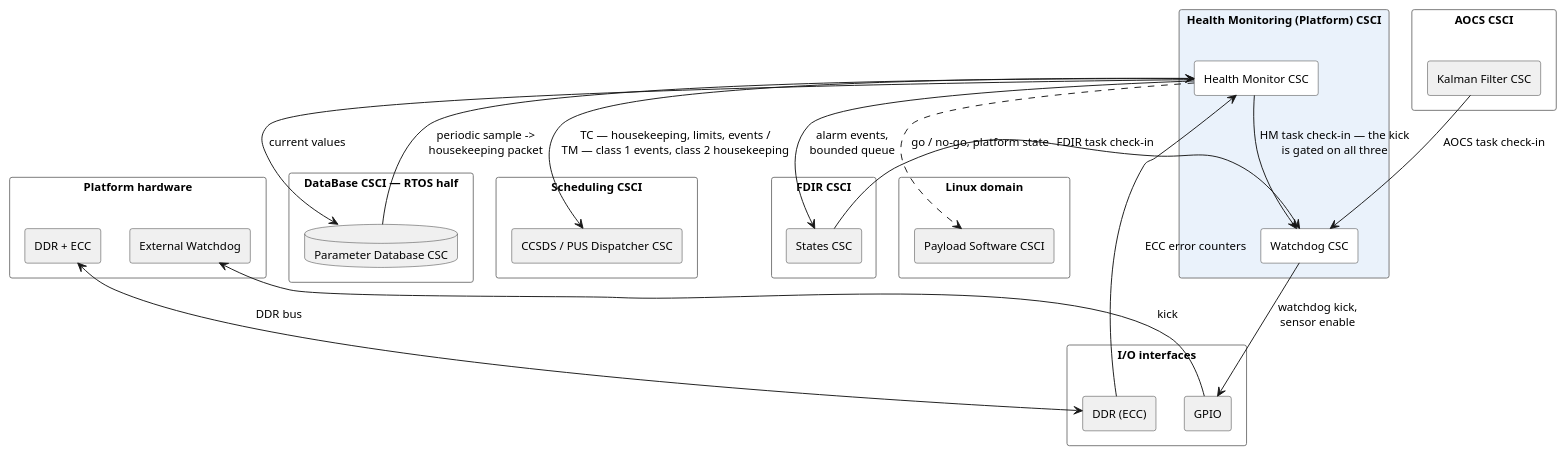
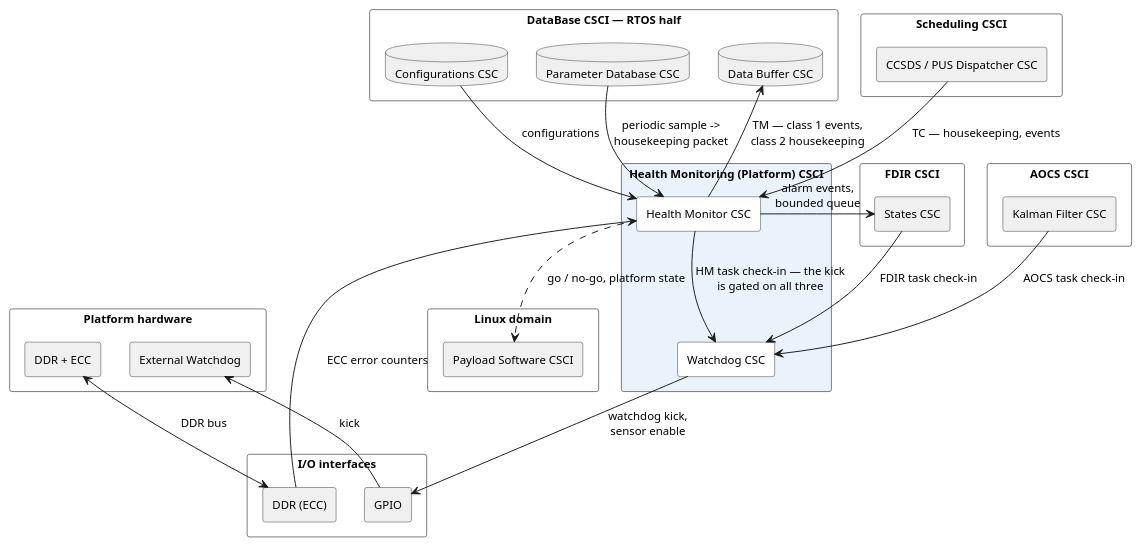
One commit to seapit/urban-memory changed the diagram in docs/puml/obc-csci-health-platform.puml. Above: the diagram before and after it, drawn with PlantUML. The commit also changed 7 other files, not shown here.

Commit message:
fix diagrams

```diff
--- a/docs/puml/obc-csci-health-platform.puml
+++ b/docs/puml/obc-csci-health-platform.puml
@@ -1,74 +1,77 @@
 @startuml
 ' Health Monitoring (Platform) CSCI — the CSCI in full, with every relation that crosses its boundary.
 ' Everything drawn in grey is context: it is shown only far enough to say what
 ' this CSCI talks to. The whole picture is in obc-csci-full.puml.
 ' GENERATED from obc-csci-full.puml — edit that file, then re-run split.py.
 
 skinparam componentStyle rectangle
 skinparam packageStyle rectangle
 skinparam shadowing false
 skinparam nodesep 30
 skinparam ranksep 58
 skinparam defaultFontSize 12
 skinparam wrapWidth 240
 skinparam package {
   BackgroundColor #FFFFFF
   BorderColor #777777
 }
 skinparam component {
   BackgroundColor #FFFFFF
   BorderColor #333333
 }
 skinparam database {
   BackgroundColor #FFFFFF
   BorderColor #333333
 }
 
 ' ---------------------------------------------- the CSCI under view
 package "Health Monitoring (Platform) CSCI" as HM #EAF2FB {
   component "Watchdog CSC" as WD
   component "Health Monitor CSC" as HMON
 }
 
 ' ---------------------------------------------- context only
 package "DataBase CSCI — RTOS half" as DBRT {
+  database "Data Buffer CSC" as DBUF #F0F0F0
+  database "Configurations CSC" as CFG #F0F0F0
   database "Parameter Database CSC" as PDB #F0F0F0
 }
 package "Scheduling CSCI" as SCHED {
   component "CCSDS / PUS Dispatcher CSC" as CCSDS #F0F0F0
 }
 package "FDIR CSCI" as FDIR {
   component "States CSC" as STATES #F0F0F0
 }
 package "AOCS CSCI" as AOCS {
   component "Kalman Filter CSC" as FILTER #F0F0F0
 }
 package "I/O interfaces" as IFACE {
   component "GPIO" as GPIO #F0F0F0
   component "DDR (ECC)" as DDRIF #F0F0F0
 }
 package "Linux domain" as LINDOM {
   component "Payload Software CSCI" as PAY #F0F0F0
 }
 package "Platform hardware" as PHW {
   component "External Watchdog" as EXTWD #F0F0F0
   component "DDR + ECC" as DDR #F0F0F0
 }
 
 ' ---------------------------------------------- inside the CSCI
 HMON --> WD : HM task check-in — the kick\nis gated on all three
 
 ' ---------------------------------------------- across its boundary
-HMON --> PDB : current values
+CFG --> HMON : configurations
 PDB --> HMON : periodic sample ->\nhousekeeping packet
-HMON <--> CCSDS : TC — housekeeping, limits, events /\nTM — class 1 events, class 2 housekeeping
+CCSDS --> HMON : TC — housekeeping, events
+HMON --> DBUF : TM — class 1 events,\nclass 2 housekeeping
 HMON --> STATES : alarm events,\nbounded queue
 FILTER --> WD : AOCS task check-in
 STATES --> WD : FDIR task check-in
 WD --> GPIO : watchdog kick,\nsensor enable
 DDRIF --> HMON : ECC error counters
 HMON ..> PAY : go / no-go, platform state
 GPIO --> EXTWD : kick
 DDR <--> DDRIF : DDR bus
 
 @enduml
```
